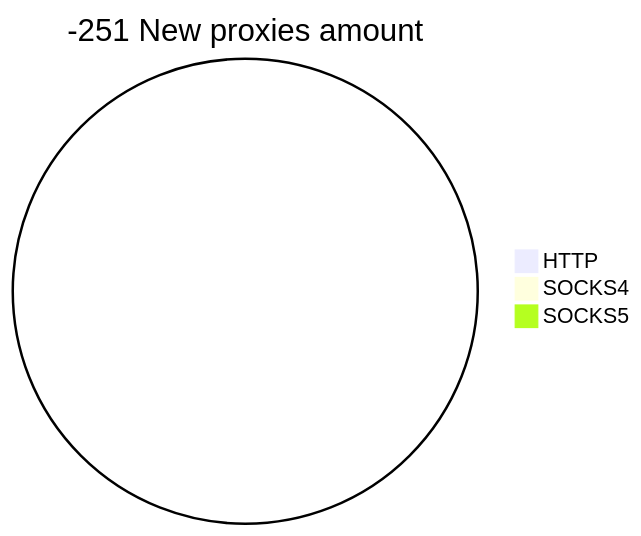
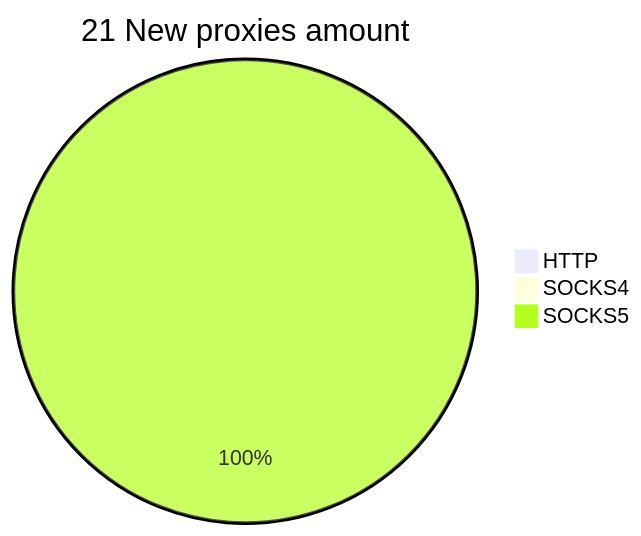
Before and after one commit to cutipu/proxylist: the second of 2 diagrams in README.md, drawn with Mermaid. The commit also changed other lines of this file, not shown here.

````diff
--- a/README.md
+++ b/README.md
@@ -10,6 +10,6 @@
 ```mermaid
-pie title -251 New proxies amount
+pie title 21 New proxies amount
     "HTTP" : 0
     "SOCKS4" : 0
-    "SOCKS5" : 0
+    "SOCKS5" : 23
 ```
````
